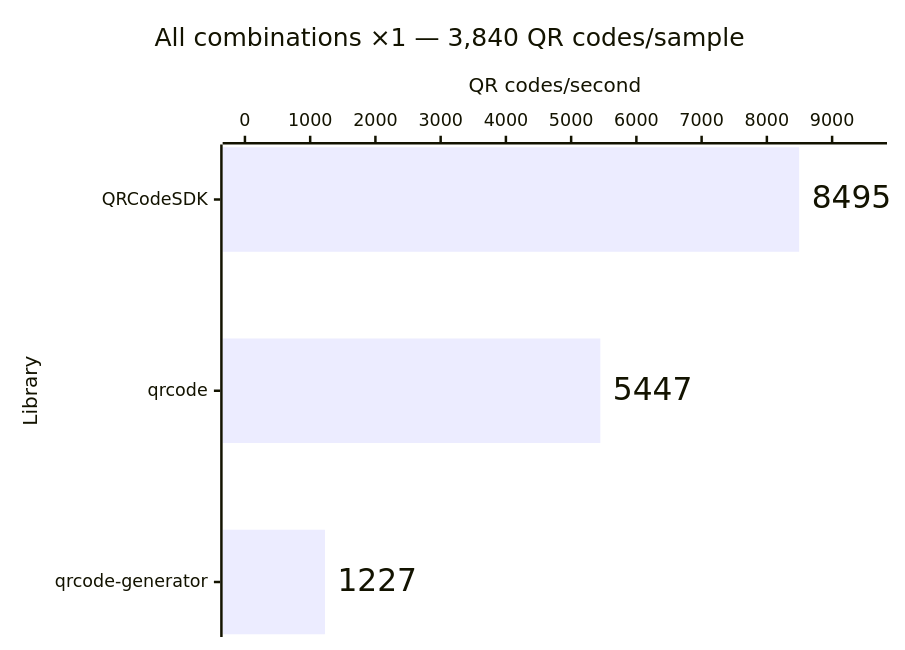
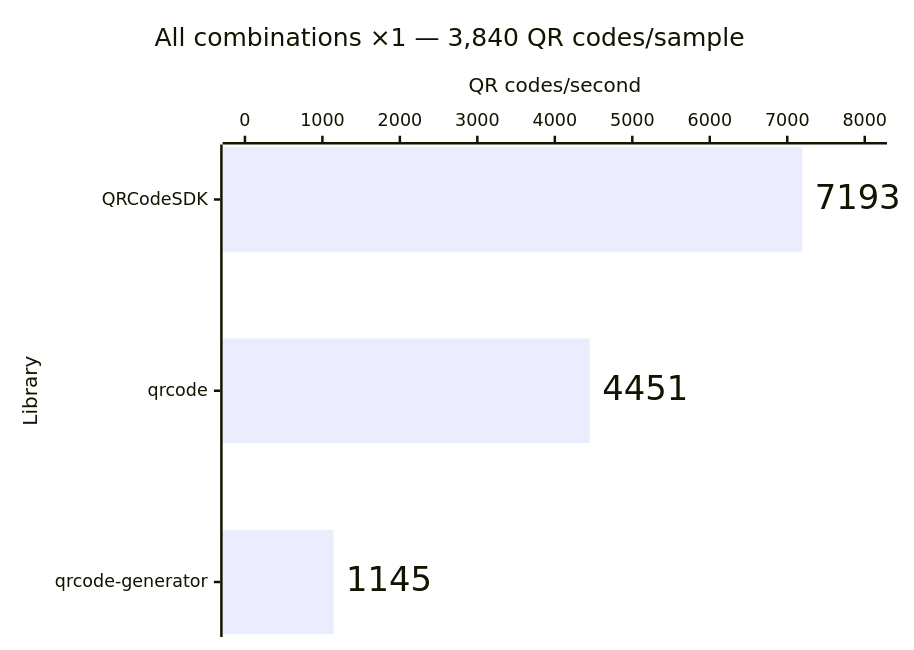
Before and after one commit to Dafnik/qrcodesdk: the fourth of 14 diagrams in apps/docs/src/content/docs/learn/performance.md, drawn with Mermaid. The commit also changed other lines of this file and 2 other files, not shown here.

````diff
--- a/apps/docs/src/content/docs/learn/performance.md
+++ b/apps/docs/src/content/docs/learn/performance.md
@@ -77,15 +77,15 @@
 ```mermaid
 ---
 config:
   xyChart:
     showDataLabel: true
     showDataLabelOutsideBar: true
 ---
 xychart horizontal
   accTitle: Matrix generation: All combinations ×1 — 3,840 QR codes/sample
-  accDescr: Throughput calculated from median time. QRCodeSDK 8,495 QR codes per second, qrcode 5,447 QR codes per second, qrcode-generator 1,227 QR codes per second. Higher is better.
+  accDescr: Throughput calculated from median time. QRCodeSDK 7,193 QR codes per second, qrcode 4,451 QR codes per second, qrcode-generator 1,145 QR codes per second. Higher is better.
   title "All combinations ×1 — 3,840 QR codes/sample"
   x-axis "Library" ["QRCodeSDK", "qrcode", "qrcode-generator"]
-  y-axis "QR codes/second" 0 --> 9500
-  bar [8495, 5447, 1227]
+  y-axis "QR codes/second" 0 --> 8000
+  bar [7193, 4451, 1145]
 ```
````
